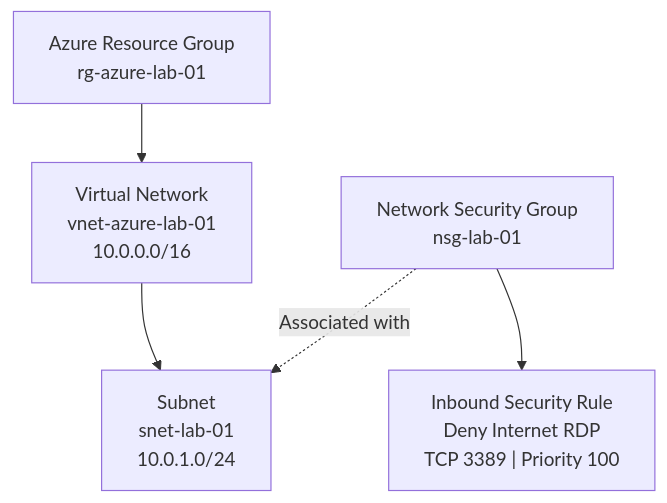
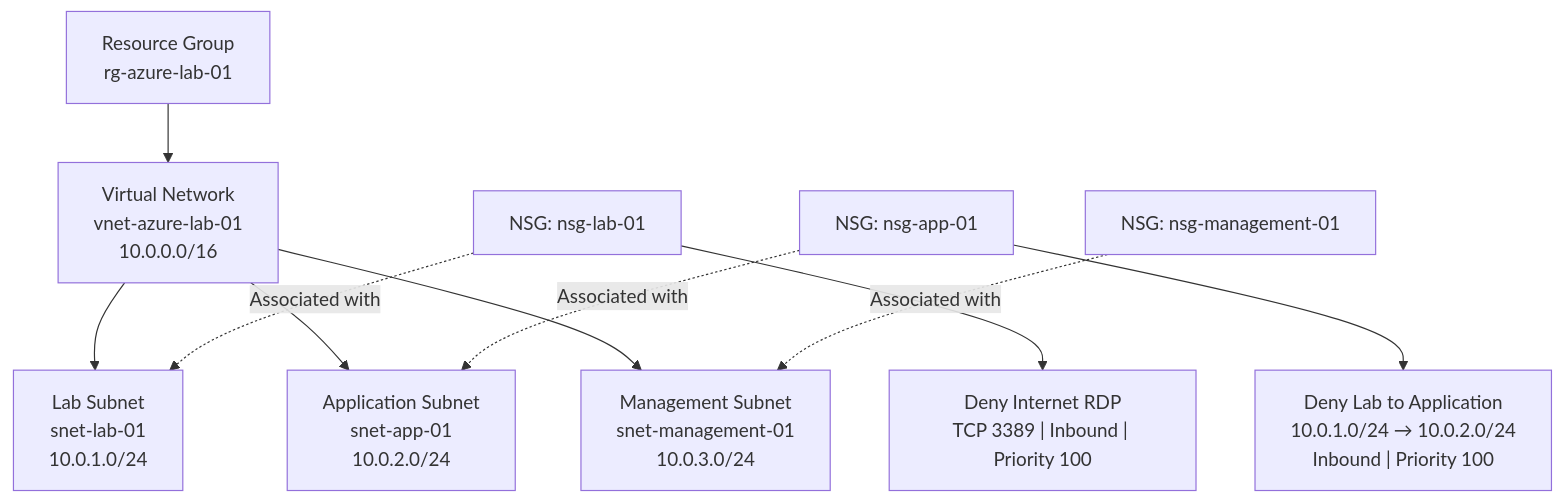
Before and after one commit to Abdirahman-hirsi/01-Azure-Fundamentals-Lab: the diagram in evidence/architecture.md, drawn with Mermaid. The commit also changed other lines of this file, not shown here.

Commit message:
Update network architecture diagram

````diff
--- a/evidence/architecture.md
+++ b/evidence/architecture.md
@@ -8,13 +7,28 @@
 ```mermaid
 flowchart TB
-    RG["Azure Resource Group<br/>rg-azure-lab-01"]
+    RG["Resource Group<br/>rg-azure-lab-01"]
     VNET["Virtual Network<br/>vnet-azure-lab-01<br/>10.0.0.0/16"]
-    SUBNET["Subnet<br/>snet-lab-01<br/>10.0.1.0/24"]
-    NSG["Network Security Group<br/>nsg-lab-01"]
-    RULE["Inbound Security Rule<br/>Deny Internet RDP<br/>TCP 3389 | Priority 100"]
+
+    LAB["Lab Subnet<br/>snet-lab-01<br/>10.0.1.0/24"]
+    APP["Application Subnet<br/>snet-app-01<br/>10.0.2.0/24"]
+    MGMT["Management Subnet<br/>snet-management-01<br/>10.0.3.0/24"]
+
+    NSG_LAB["NSG: nsg-lab-01"]
+    NSG_APP["NSG: nsg-app-01"]
+    NSG_MGMT["NSG: nsg-management-01"]
+
+    RDP["Deny Internet RDP<br/>TCP 3389 | Inbound | Priority 100"]
+    ISOLATION["Deny Lab to Application<br/>10.0.1.0/24 → 10.0.2.0/24<br/>Inbound | Priority 100"]
 
     RG --> VNET
-    VNET --> SUBNET
-    NSG -. Associated with .-> SUBNET
-    NSG --> RULE
+    VNET --> LAB
+    VNET --> APP
+    VNET --> MGMT
+
+    NSG_LAB -. Associated with .-> LAB
+    NSG_APP -. Associated with .-> APP
+    NSG_MGMT -. Associated with .-> MGMT
+
+    NSG_LAB --> RDP
+    NSG_APP --> ISOLATION
 ```
````
